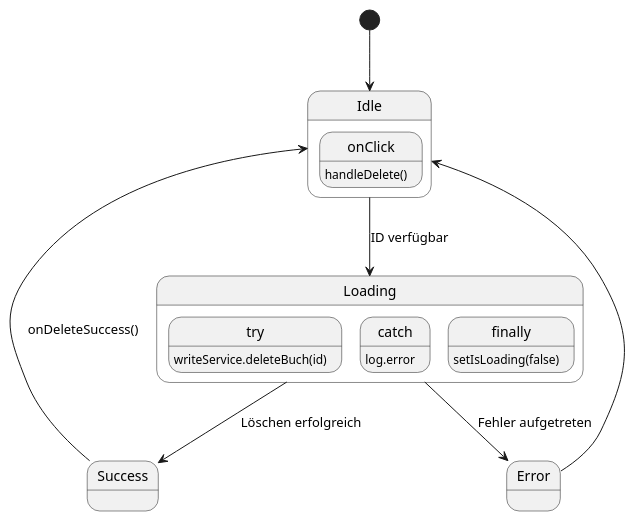
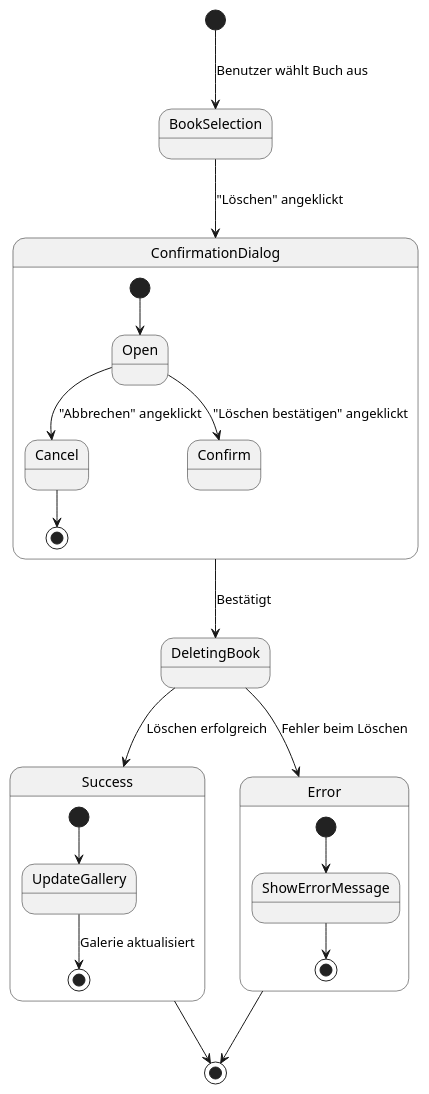
One commit to MarioMansaku/Project_Abgabe.2 changed the diagram in .extras/doc/buch-entfernen.puml. Above: the diagram before and after it, drawn with PlantUML. The commit also changed 2 other files, not shown here.

Commit message:
Updated Plantuml Diagramme

```diff
--- a/.extras/doc/buch-entfernen.puml
+++ b/.extras/doc/buch-entfernen.puml
@@ -1,22 +1,28 @@
-@startuml BuchEntfernen
-[*] --> Idle
+@startuml BookDeletion
+[*] --> BookSelection : Benutzer wählt Buch aus
+BookSelection --> ConfirmationDialog : "Löschen" angeklickt
 
-state Idle {
-    onClick: handleDelete()
+state ConfirmationDialog {
+    [*] --> Open
+    Open --> Cancel : "Abbrechen" angeklickt
+    Open --> Confirm : "Löschen bestätigen" angeklickt
+    Cancel --> [*]
 }
 
-Idle --> Loading: ID verfügbar
+ConfirmationDialog --> DeletingBook : Bestätigt
+DeletingBook --> Success : Löschen erfolgreich
+DeletingBook --> Error : Fehler beim Löschen
 
-state Loading {
-    try: writeService.deleteBuch(id)
-    catch: log.error
-    finally: setIsLoading(false)
+state Success {
+    [*] --> UpdateGallery
+    UpdateGallery --> [*] : Galerie aktualisiert
 }
 
-Loading --> Success: Löschen erfolgreich
-Success --> Idle: onDeleteSuccess()
+state Error {
+    [*] --> ShowErrorMessage
+    ShowErrorMessage --> [*]
+}
 
-Loading --> Error: Fehler aufgetreten
-Error --> Idle
-
+Success --> [*]
+Error --> [*]
 @enduml
```
